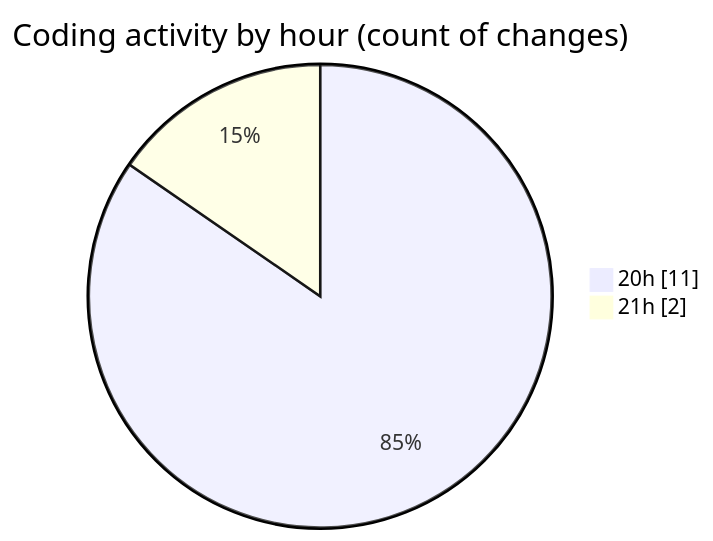
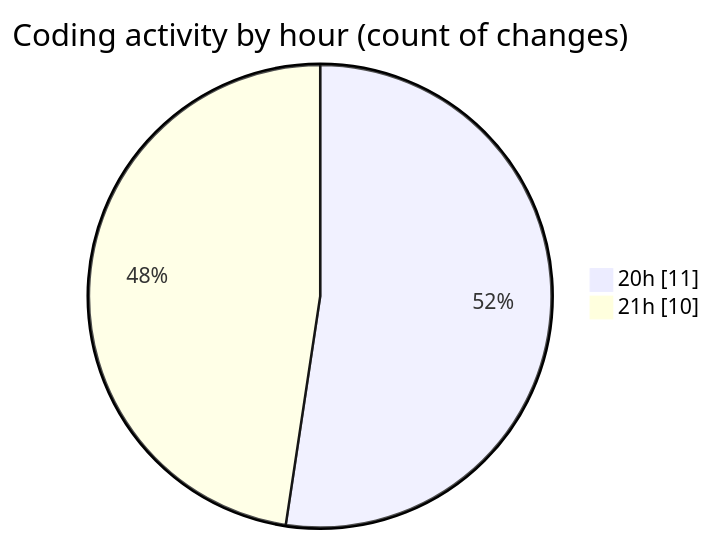
Before and after one commit to idhammustaqopulfikri/code-tracking: the second of 2 diagrams in 2025-04-10/test/README.md, drawn with Mermaid. The commit also changed other lines of this file and 1 other file, not shown here.

````diff
--- a/2025-04-10/test/README.md
+++ b/2025-04-10/test/README.md
@@ -37,6 +43,6 @@
 ```mermaid
 pie showData
 title Coding activity by hour (count of changes)
 "20h" : 11
-"21h" : 2
+"21h" : 10
 ```
````
